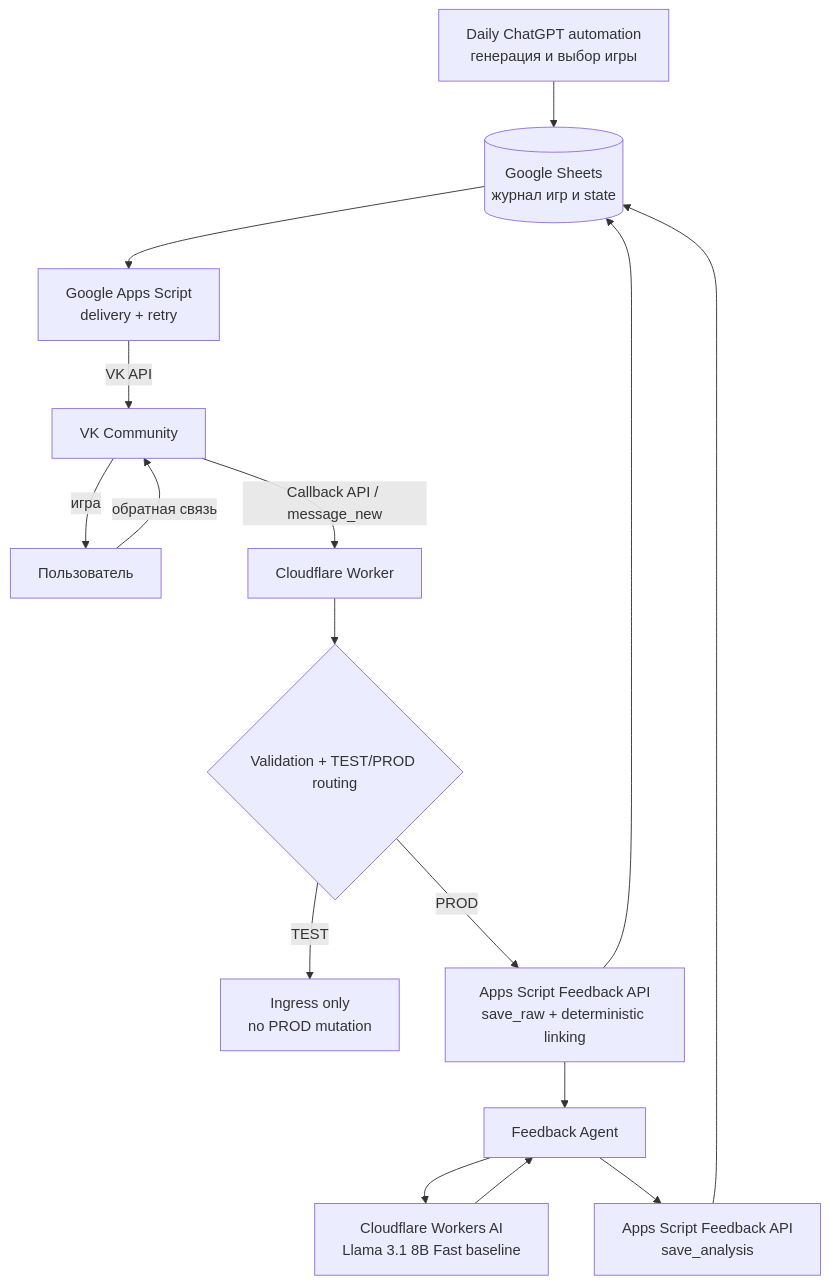
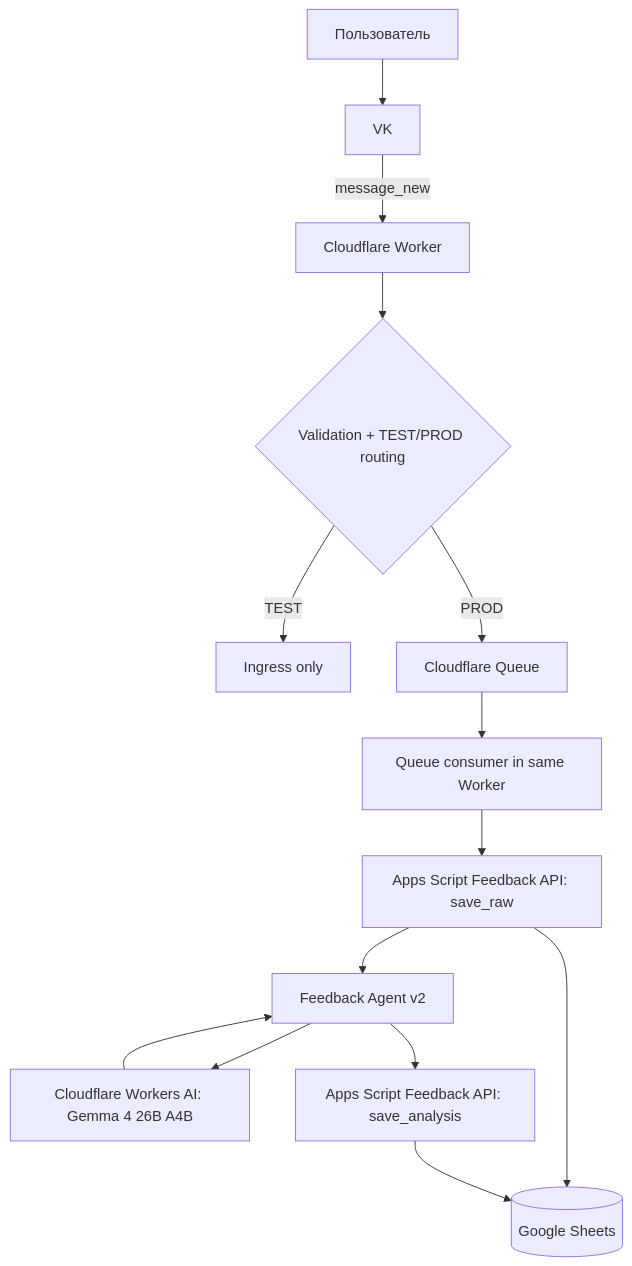
Before and after one commit to LukshinVI/game-of-the-day: the diagram in docs/architecture.md, drawn with Mermaid. The commit also changed other lines of this file, not shown here.

Commit message:
docs: refresh architecture after feedback queue rollout

````diff
--- a/docs/architecture.md
+++ b/docs/architecture.md
@@ -13,18 +24,16 @@
 ```mermaid
 flowchart TD
-    A[Daily ChatGPT automation<br/>генерация и выбор игры] --> B[(Google Sheets<br/>журнал игр и state)]
-    B --> C[Google Apps Script<br/>delivery + retry]
-    C -->|VK API| D[VK Community]
-    D -->|игра| U[Пользователь]
-    U -->|обратная связь| D
-    D -->|Callback API / message_new| W[Cloudflare Worker]
-    W --> V{Validation + TEST/PROD routing}
-    V -->|TEST| T[Ingress only<br/>no PROD mutation]
-    V -->|PROD| RAW[Apps Script Feedback API<br/>save_raw + deterministic linking]
-    RAW --> B
-    RAW --> F[Feedback Agent]
-    F --> AI[Cloudflare Workers AI<br/>Llama 3.1 8B Fast baseline]
+    U[Пользователь] --> V[VK]
+    V -->|message_new| W[Cloudflare Worker]
+    W --> VAL{Validation + TEST/PROD routing}
+    VAL -->|TEST| T[Ingress only]
+    VAL -->|PROD| Q[Cloudflare Queue]
+    Q --> C[Queue consumer in same Worker]
+    C --> RAW[Apps Script Feedback API: save_raw]
+    RAW --> S[(Google Sheets)]
+    RAW --> F[Feedback Agent v2]
+    F --> AI[Cloudflare Workers AI: Gemma 4 26B A4B]
     AI --> F
-    F --> RES[Apps Script Feedback API<br/>save_analysis]
-    RES --> B
+    F --> RES[Apps Script Feedback API: save_analysis]
+    RES --> S
 ```
````
